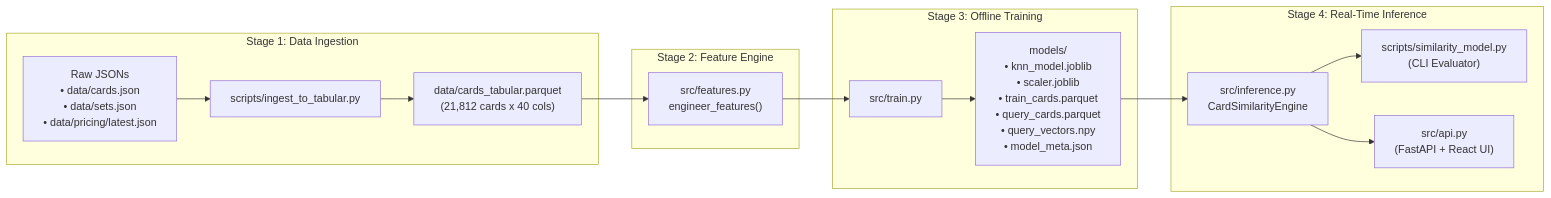
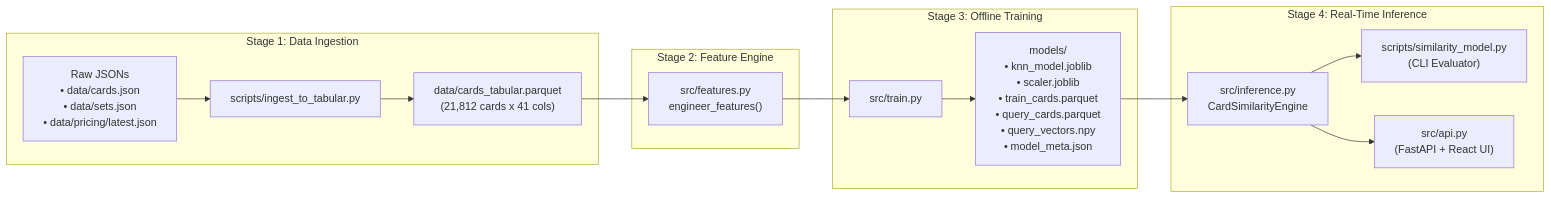
Before and after one commit to dev-thomas-h/Pokemon-Card-Similarity-and-Pricing-Modeling: the diagram in docs/README.md, drawn with Mermaid. The commit also changed 15 other files, not shown here.

````diff
--- a/docs/README.md
+++ b/docs/README.md
@@ -36,22 +36,22 @@
 ```mermaid
 flowchart LR
     subgraph Stage1["Stage 1: Data Ingestion"]
         J["Raw JSONs\n• data/cards.json\n• data/sets.json\n• data/pricing/latest.json"] --> ING["scripts/ingest_to_tabular.py"]
-        ING --> TAB["data/cards_tabular.parquet\n(21,812 cards x 40 cols)"]
+        ING --> TAB["data/cards_tabular.parquet\n(21,812 cards x 41 cols)"]
     end
 
     subgraph Stage2["Stage 2: Feature Engine"]
         TAB --> FE["src/features.py\nengineer_features()"]
     end
 
     subgraph Stage3["Stage 3: Offline Training"]
         FE --> TR["src/train.py"]
         TR --> MOD["models/\n• knn_model.joblib\n• scaler.joblib\n• train_cards.parquet\n• query_cards.parquet\n• query_vectors.npy\n• model_meta.json"]
     end
 
     subgraph Stage4["Stage 4: Real-Time Inference"]
         MOD --> INF["src/inference.py\nCardSimilarityEngine"]
         INF --> CLI["scripts/similarity_model.py\n(CLI Evaluator)"]
         INF --> API["src/api.py\n(FastAPI + React UI)"]
     end
 ```
````
